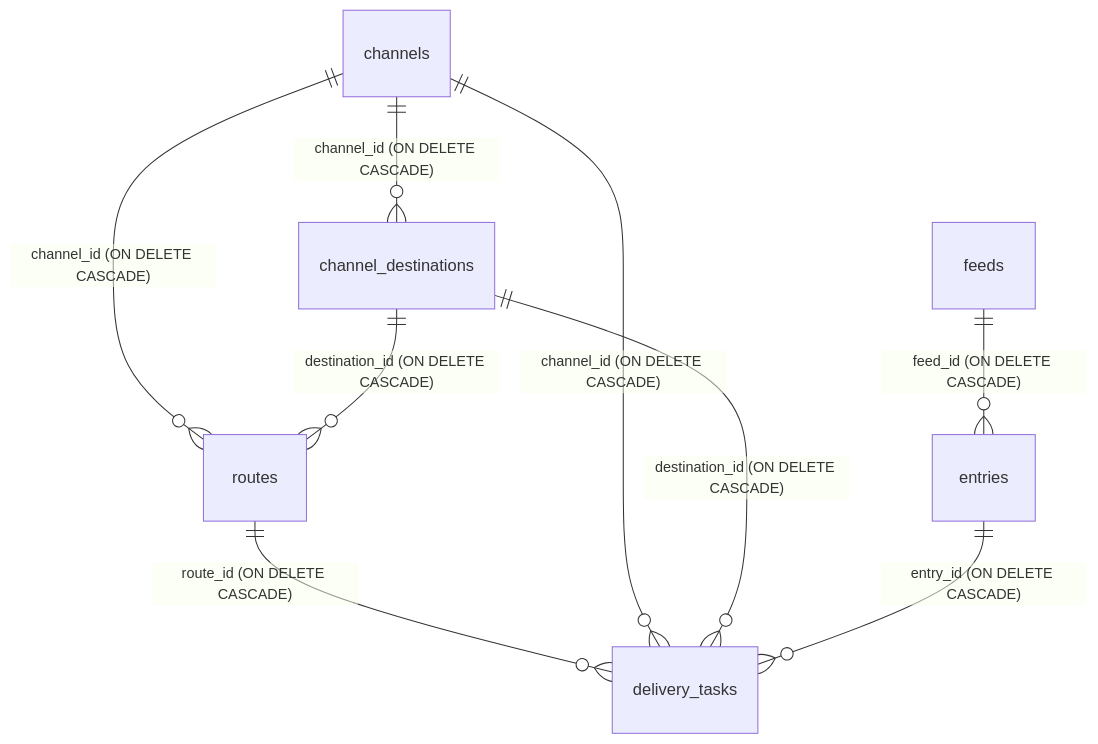
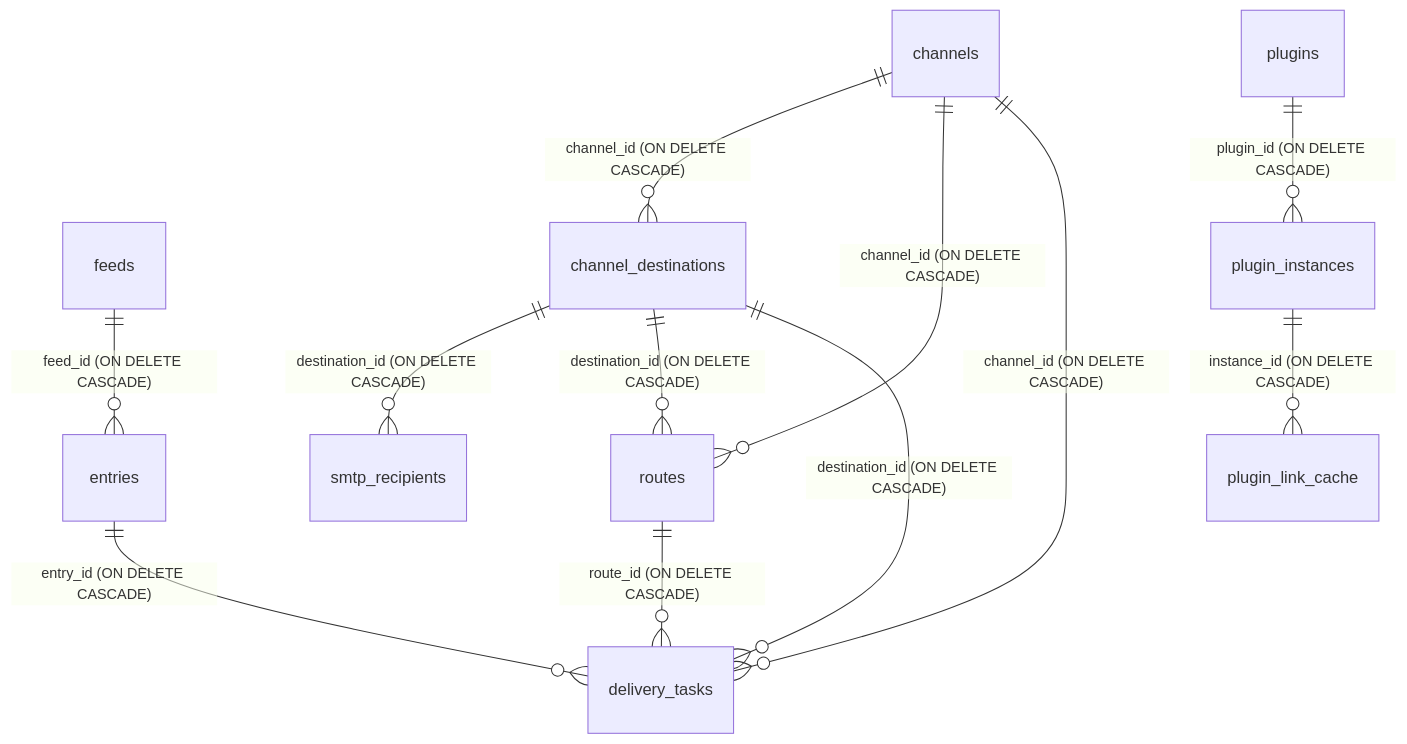
One commit to ElleryHe/FeedCourier changed the diagram in docs/reference/database-schema.md. Above: the diagram before and after it, drawn with Mermaid. The commit also changed other lines of this file and 93 other files, not shown here.

First line of the commit message:
release: v0.3.0 — plugin framework, YOURLS link rewrite, SMTP compliance, and Telegram polish (#24)

````diff
--- a/docs/reference/database-schema.md
+++ b/docs/reference/database-schema.md
@@ -13,11 +19,14 @@
 ```mermaid
 erDiagram
     feeds ||--o{ entries : "feed_id (ON DELETE CASCADE)"
     channels ||--o{ channel_destinations : "channel_id (ON DELETE CASCADE)"
+    channel_destinations ||--o{ smtp_recipients : "destination_id (ON DELETE CASCADE)"
     channels ||--o{ routes : "channel_id (ON DELETE CASCADE)"
     channel_destinations ||--o{ routes : "destination_id (ON DELETE CASCADE)"
     routes ||--o{ delivery_tasks : "route_id (ON DELETE CASCADE)"
     channels ||--o{ delivery_tasks : "channel_id (ON DELETE CASCADE)"
     channel_destinations ||--o{ delivery_tasks : "destination_id (ON DELETE CASCADE)"
     entries ||--o{ delivery_tasks : "entry_id (ON DELETE CASCADE)"
+    plugins ||--o{ plugin_instances : "plugin_id (ON DELETE CASCADE)"
+    plugin_instances ||--o{ plugin_link_cache : "instance_id (ON DELETE CASCADE)"
 ```
````
